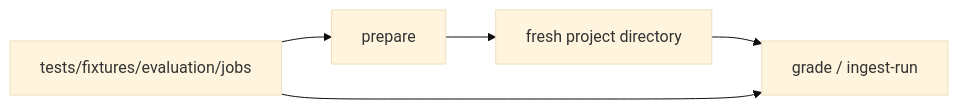
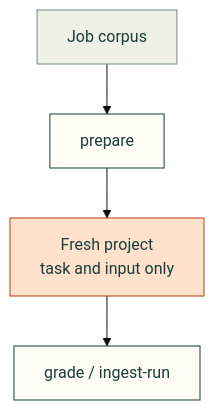
The diagram in tools/evaluation/README.md (Valpatel/cad-agent), drawn with Mermaid (base theme) before and after one commit. The commit also changed 1 other file, not shown here.

Commit message:
docs(eval): keep protocol readable with compact diagrams and folds

````diff
--- a/tools/evaluation/README.md
+++ b/tools/evaluation/README.md
@@ -5,7 +5,12 @@
 ```mermaid
-flowchart LR
-    J[tests/fixtures/evaluation/jobs] --> P[prepare]
-    P --> W[fresh project directory]
-    W --> G[grade / ingest-run]
-    J --> G
+flowchart TD
+    J["Job corpus"] --> P["prepare"]
+    P --> W["Fresh project<br/>task and input only"]
+    W --> G["grade / ingest-run"]
+    classDef here fill:#fffdf5,stroke:#173d3c,color:#173d3c
+    classDef near fill:#eef1e4,stroke:#6f8a80,color:#173d3c
+    classDef out fill:#ffe1cc,stroke:#bd3a12,color:#173d3c
+    class P,G here
+    class J near
+    class W out
 ```
````
